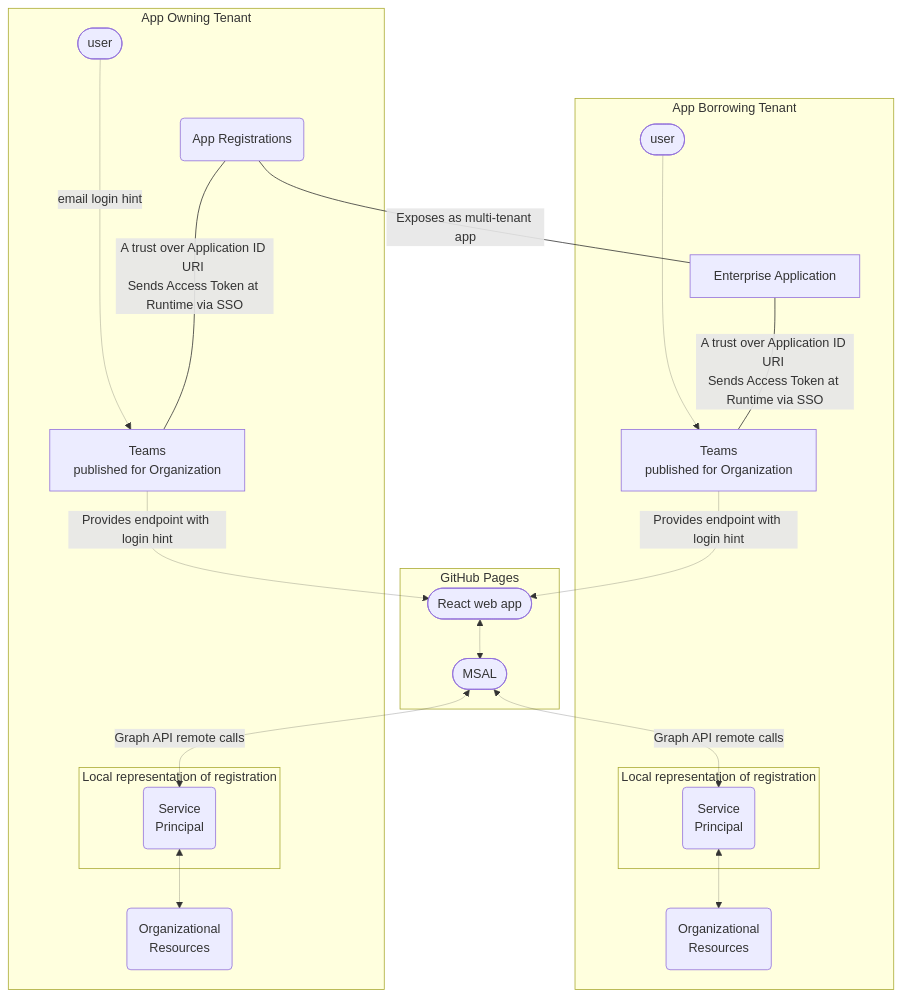
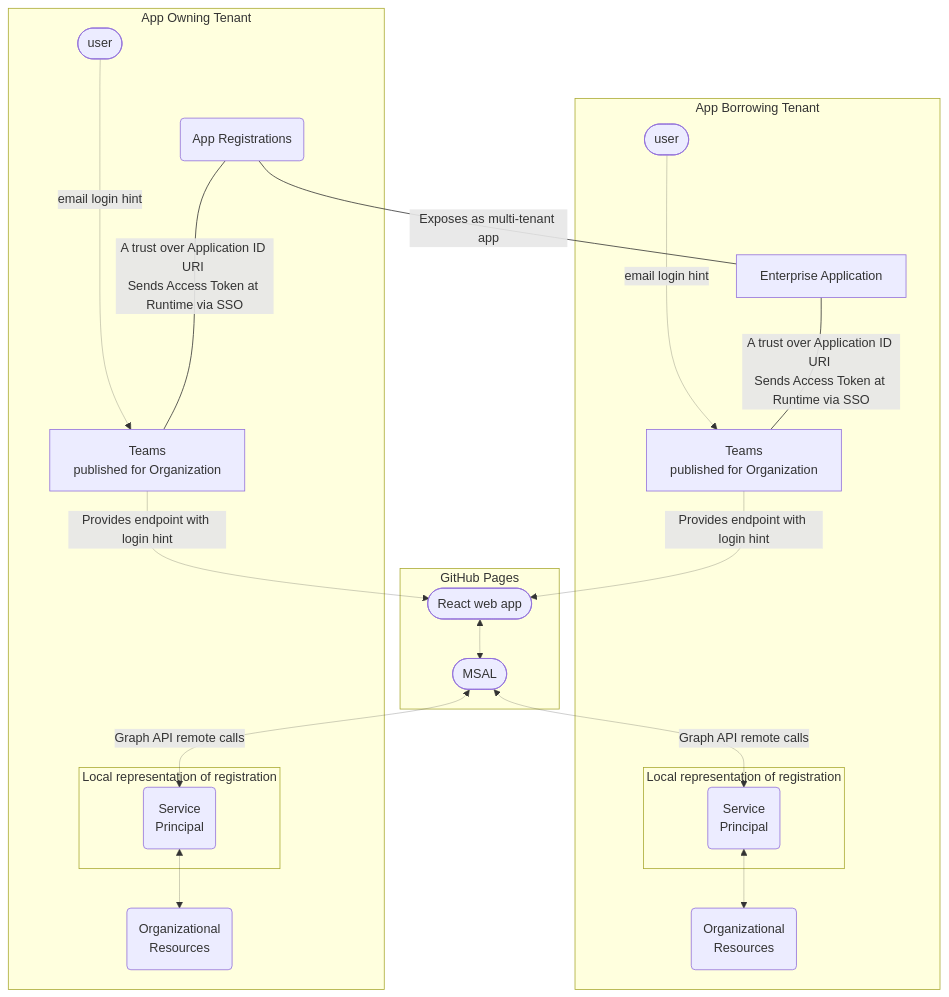
Before and after one commit to CynicDog/azure-entra-in-spa: the third of 3 diagrams in README.md, drawn with Mermaid.

````diff
--- a/README.md
+++ b/README.md
@@ -85,44 +85,44 @@
 ```mermaid
 flowchart TD
     subgraph App Owning Tenant 
         A(App Registrations) 
 
         subgraph Local representation of registration
             I(Service \nPrincipal)
         end 
         H(Organizational \nResources)
         B[Teams \npublished for Organization]
         G([user]) ----> |email login hint|B
     end
     
     subgraph GitHub Pages
         C([React web app])
         D([MSAL])
     end 
 
     subgraph App Borrowing Tenant
         L[Enterprise Application]
         
         subgraph Local representation of registration
             F(Service \nPrincipal)
         end 
 
         J[Teams \npublished for Organization]
-        K([user]) ---> J
+        K([user]) ---> |email login hint|J
         E(Organizational \nResources)
     end 
 
     
     A --- |A trust over Application ID URI \nSends Access Token at Runtime via SSO|B
     B --> |Provides endpoint with login hint|C
     C <--> D
     D <-- Graph API remote calls --> F
     F <--> E
     D <-- Graph API remote calls --> I
     J --> |Provides endpoint with login hint|C
     A --- |Exposes as multi-tenant app|L
     L --- |A trust over Application ID URI \nSends Access Token at Runtime via SSO|J
     I <--> H
 
     linkStyle 0,1,3,4,5,6,7,8,11 stroke-width:.3px;
 ```
````
